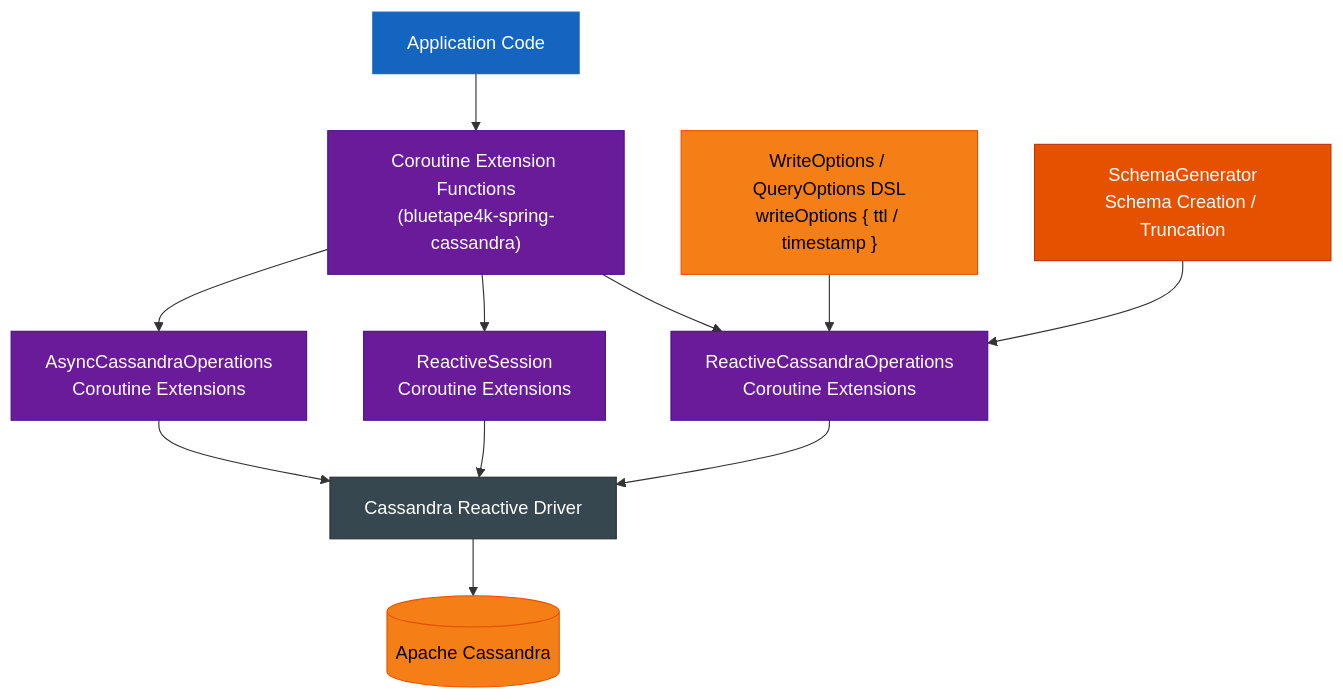
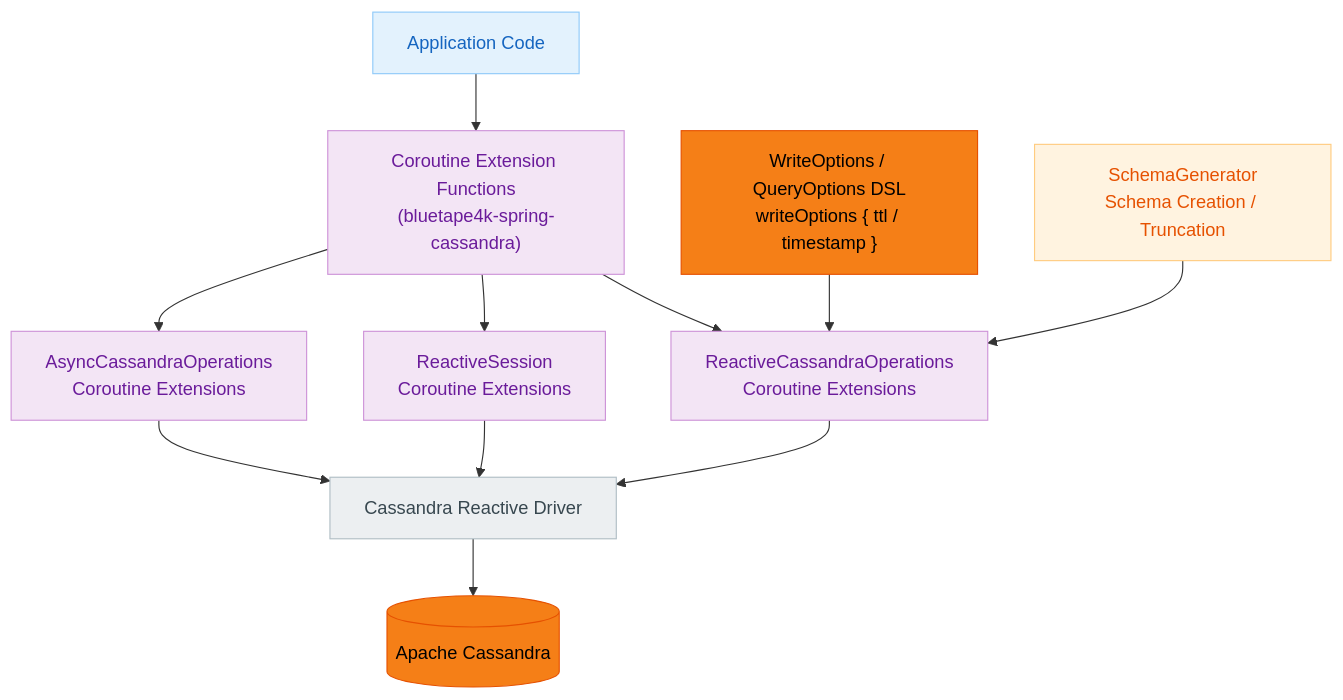
The second of 3 diagrams in spring-boot3/cassandra/README.md (bluetape4k/bluetape4k-projects), drawn with Mermaid before and after one commit. The commit also changed other lines of this file and 219 other files, not shown here.

First line of the commit message:
docs: 전체 README Mermaid 다이어그램 가이드 적용

````diff
--- a/spring-boot3/cassandra/README.md
+++ b/spring-boot3/cassandra/README.md
@@ -85,29 +85,29 @@
 ```mermaid
 flowchart TD
     App["Application Code"] --> Ext["Coroutine Extension Functions<br/>(bluetape4k-spring-cassandra)"]
     Ext --> ROps["ReactiveCassandraOperations<br/>Coroutine Extensions"]
     Ext --> RSession["ReactiveSession<br/>Coroutine Extensions"]
     Ext --> AOps["AsyncCassandraOperations<br/>Coroutine Extensions"]
     DSL["WriteOptions / QueryOptions DSL<br/>writeOptions { ttl / timestamp }"] --> ROps
     ROps --> Driver["Cassandra Reactive Driver"]
     RSession --> Driver
     AOps --> Driver
     Driver --> Cassandra[("Apache Cassandra")]
     SchemaGen["SchemaGenerator<br/>Schema Creation / Truncation"] --> ROps
 
-    classDef serviceStyle fill:#1565C0,stroke:#1565C0,color:#FFFFFF
-    classDef asyncStyle fill:#6A1B9A,stroke:#4A148C,color:#FFFFFF
+    classDef serviceStyle fill:#E3F2FD,stroke:#90CAF9,color:#1565C0
+    classDef asyncStyle fill:#F3E5F5,stroke:#CE93D8,color:#6A1B9A
     classDef dataStyle fill:#F57F17,stroke:#E65100,color:#000000
-    classDef extStyle fill:#37474F,stroke:#263238,color:#FFFFFF
-    classDef utilStyle fill:#E65100,stroke:#BF360C,color:#FFFFFF
+    classDef extStyle fill:#ECEFF1,stroke:#B0BEC5,color:#37474F
+    classDef utilStyle fill:#FFF3E0,stroke:#FFCC80,color:#E65100
 
     class App serviceStyle
     class Ext asyncStyle
     class ROps asyncStyle
     class RSession asyncStyle
     class AOps asyncStyle
     class DSL dataStyle
     class Driver extStyle
     class Cassandra dataStyle
     class SchemaGen utilStyle
 ```
````
